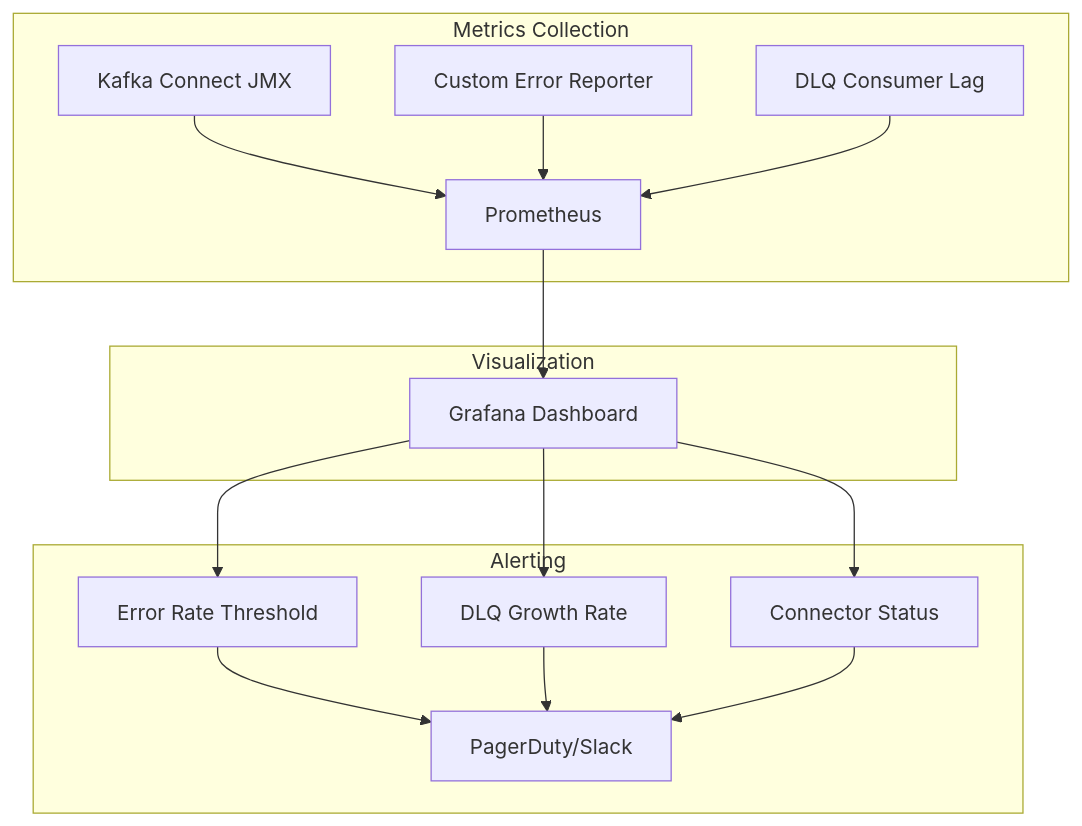
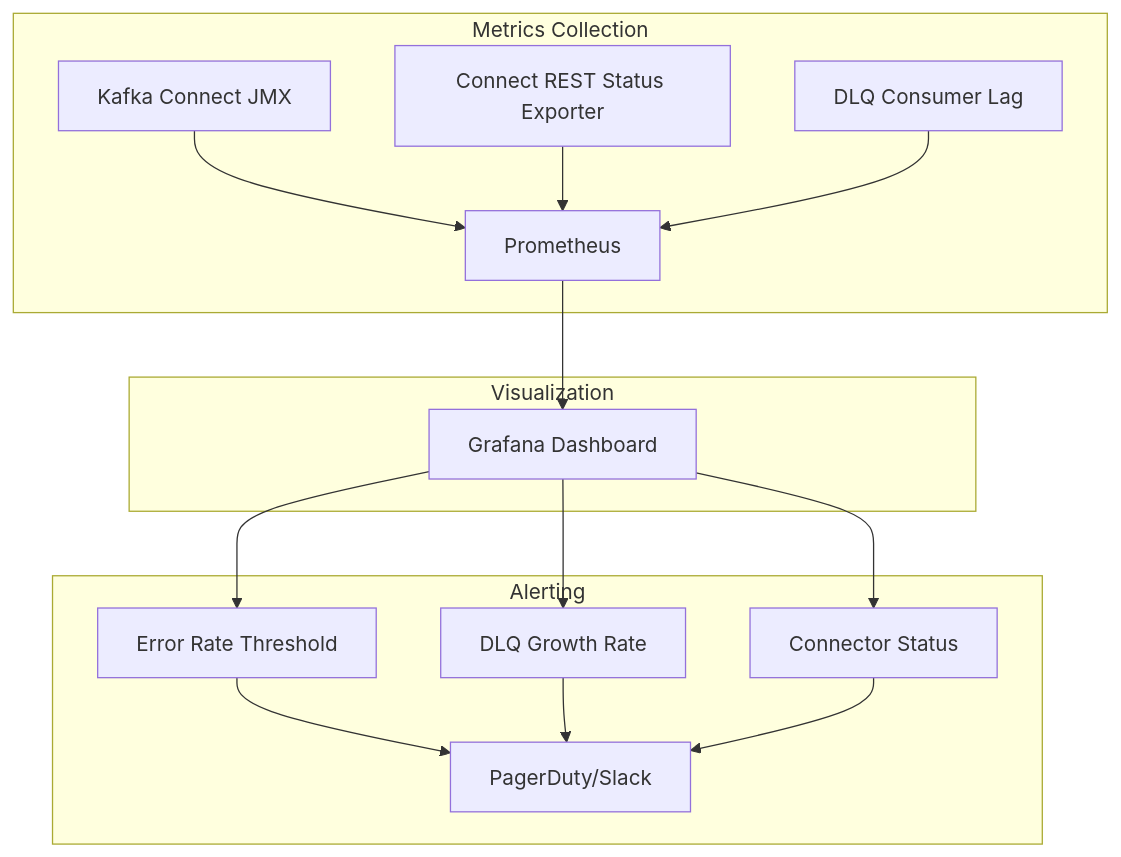
The fourth of 5 diagrams in posts/2026-01-30-kafka-connect-error-handling/README.md (OneUptime/blog), drawn with Mermaid before and after one commit. The commit also changed other lines of this file and 2 other files, not shown here.

Commit message:
validate: 2026-01-30-kafka-connect-error-handling

````diff
--- a/posts/2026-01-30-kafka-connect-error-handling/README.md
+++ b/posts/2026-01-30-kafka-connect-error-handling/README.md
@@ -387,21 +356,21 @@
 ```mermaid
 flowchart TD
     subgraph Metrics Collection
         A[Kafka Connect JMX] --> B[Prometheus]
-        C[Custom Error Reporter] --> B
+        C[Connect REST Status Exporter] --> B
         D[DLQ Consumer Lag] --> B
     end
 
     subgraph Visualization
         B --> E[Grafana Dashboard]
     end
 
     subgraph Alerting
         E --> F[Error Rate Threshold]
         E --> G[DLQ Growth Rate]
         E --> H[Connector Status]
         F --> I[PagerDuty/Slack]
         G --> I
         H --> I
     end
 ```
````
